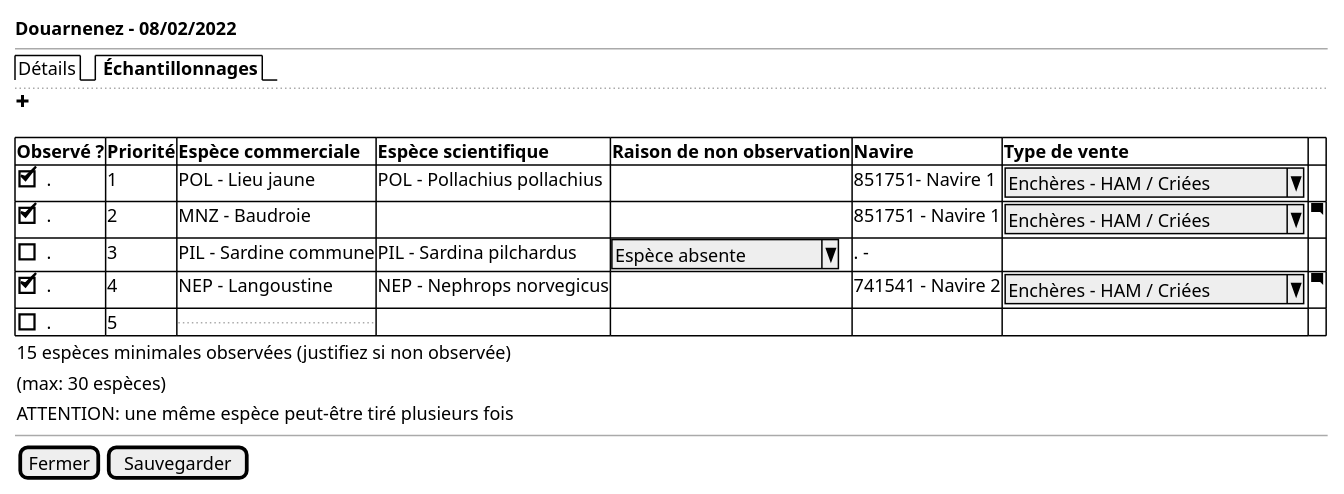
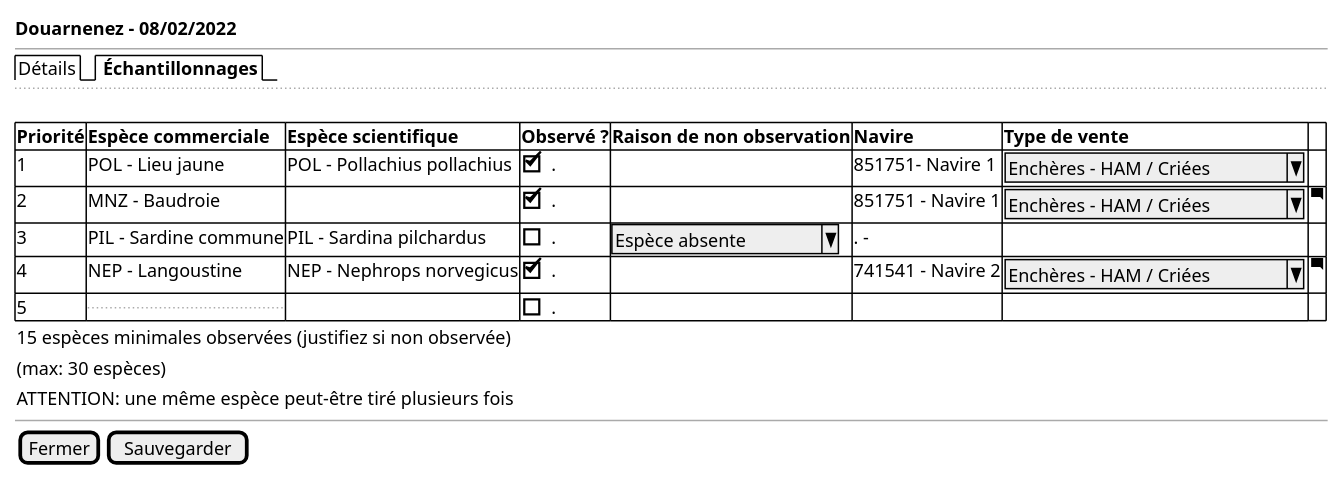
The diagram in projects/obsvente/spe/images/landings-table.puml (sumaris-net/sumaris-doc), drawn with PlantUML before and after one commit. The commit also changed 4 other files, not shown here.

```diff
--- a/projects/obsvente/spe/images/landings-table.puml
+++ b/projects/obsvente/spe/images/landings-table.puml
@@ -1,31 +1,30 @@
 @startsalt
 {
   <b>Douarnenez - 08/02/2022
   --
   {/  Détails | <b> Échantillonnages }
   ..
-  <&plus>
   .
 	{#
 
-      <b>Observé ? |<b>Priorité | <b>Espèce commerciale | <b>Espèce scientifique   | <b>Raison de non observation | <b>Navire | <b>Type de vente | .
-      [X] . | 1 | POL - Lieu jaune | POL - Pollachius pollachius | . | 851751- Navire 1 | { ^Enchères - HAM / Criées^} | .
-      [X] . | 2 | MNZ - Baudroie | . | . | 851751 - Navire 1 | { ^Enchères - HAM / Criées^} | <&comment-square>
-      [ ] . | 3 | PIL - Sardine commune | PIL - Sardina pilchardus | ^ Espèce absente  ^  |. -| . | .
-      [X] . | 4 | NEP - Langoustine | NEP - Nephrops norvegicus   | . | 741541 - Navire 2 | { ^Enchères - HAM / Criées^} | <&comment-square>
-      [ ] . | 5 | ... | . | . | . | .
+      <b>Priorité | <b>Espèce commerciale | <b>Espèce scientifique  | <b>Observé ? | <b>Raison de non observation | <b>Navire | <b>Type de vente | .
+       1 | POL - Lieu jaune | POL - Pollachius pollachius | [X] . | . | 851751- Navire 1 | { ^Enchères - HAM / Criées^} | .
+       2 | MNZ - Baudroie | . |  [X] . | . | 851751 - Navire 1 | { ^Enchères - HAM / Criées^} | <&comment-square>
+       3 | PIL - Sardine commune | PIL - Sardina pilchardus | [ ] . | ^ Espèce absente  ^  |. -| . | .
+       4 | NEP - Langoustine | NEP - Nephrops norvegicus   | [X] . | . | 741541 - Navire 2 | { ^Enchères - HAM / Criées^} | <&comment-square>
+       5 | ... | . | [ ] . | . | . | .
 
     }
     { 15 espèces minimales observées (justifiez si non observée) }
 
     { (max: 30 espèces) }
 
     { ATTENTION: une même espèce peut-être tiré plusieurs fois }
   --
 
 
   {
     [Fermer] | [Sauvegarder]
   }
 }
 @endsalt
```
